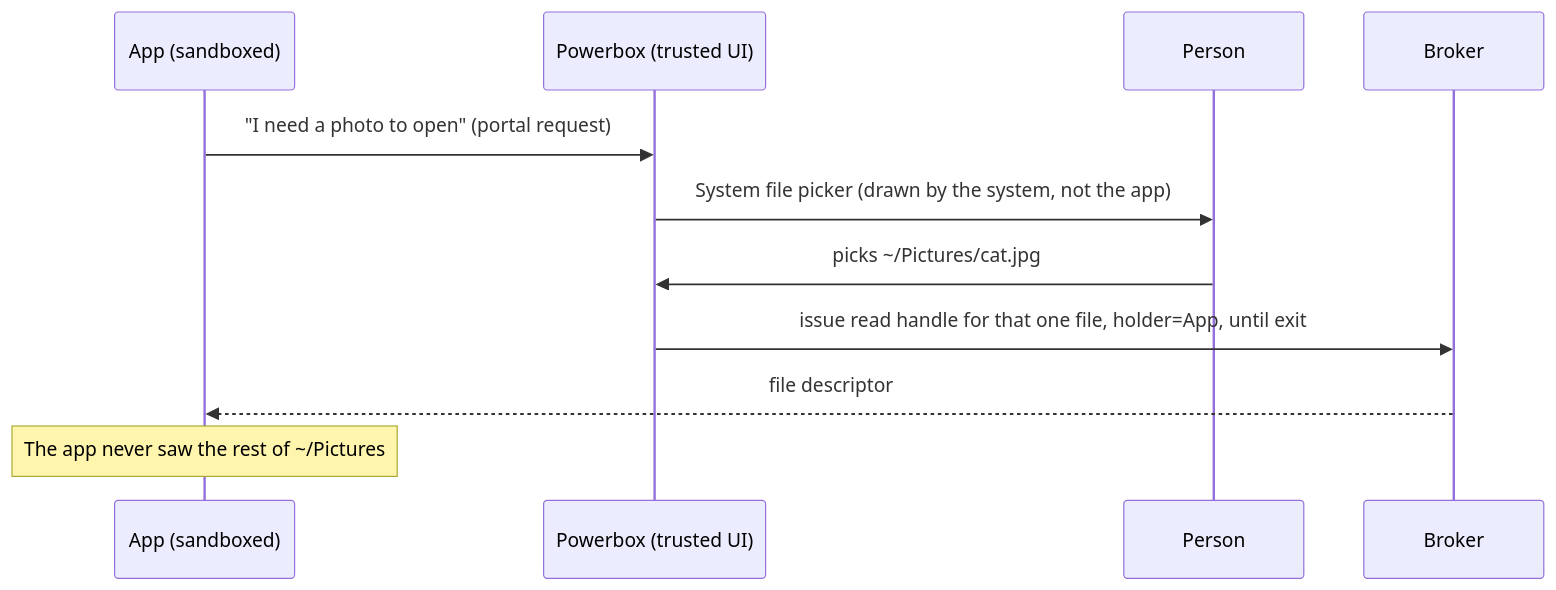
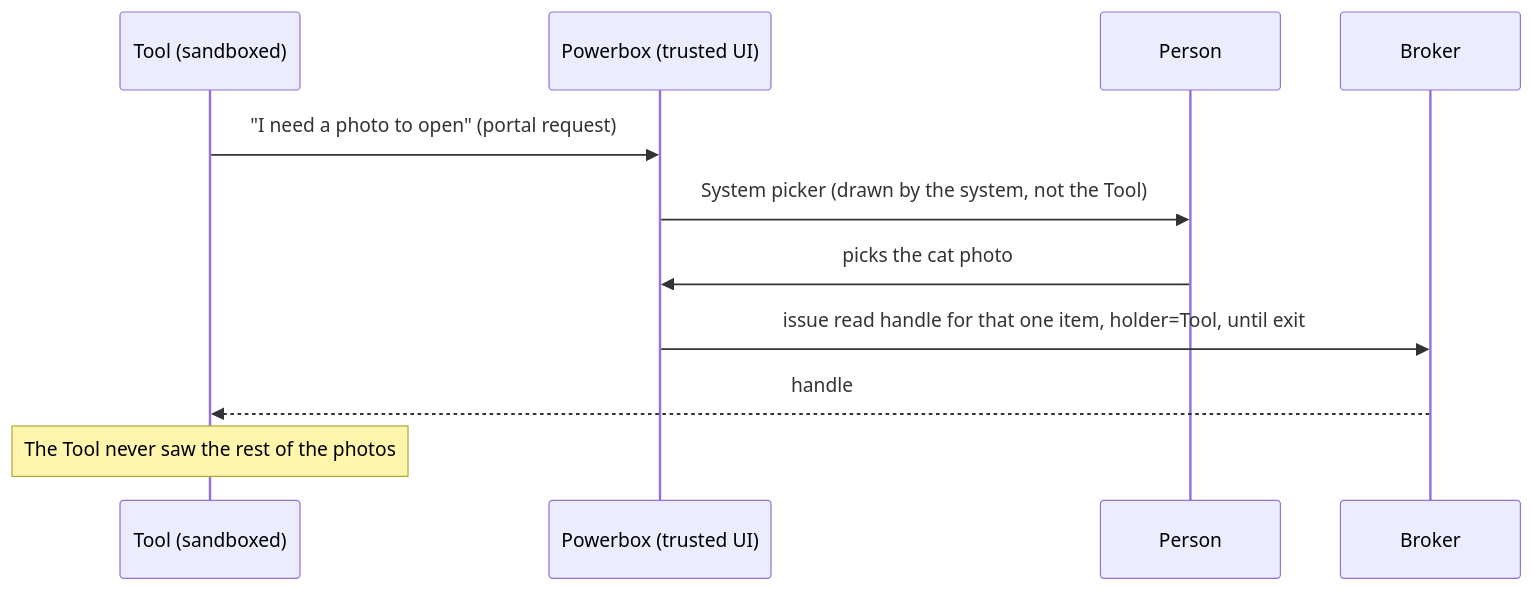
One commit to crowbaros/crowbaros changed the third of 4 diagrams in docs/agent-first/design/capability-model.md. Above: the diagram before and after it, drawn with Mermaid. The commit also changed other lines of this file and 14 other files, not shown here.

````diff
--- a/docs/agent-first/design/capability-model.md
+++ b/docs/agent-first/design/capability-model.md
@@ -122,13 +191,13 @@
 ```mermaid
 sequenceDiagram
-    participant A as App (sandboxed)
+    participant T as Tool (sandboxed)
     participant PB as Powerbox (trusted UI)
     participant U as Person
     participant B as Broker
-    A->>PB: "I need a photo to open" (portal request)
-    PB->>U: System file picker (drawn by the system, not the app)
-    U->>PB: picks ~/Pictures/cat.jpg
-    PB->>B: issue read handle for that one file, holder=App, until exit
-    B-->>A: file descriptor
-    Note over A: The app never saw the rest of ~/Pictures
+    T->>PB: "I need a photo to open" (portal request)
+    PB->>U: System picker (drawn by the system, not the Tool)
+    U->>PB: picks the cat photo
+    PB->>B: issue read handle for that one item, holder=Tool, until exit
+    B-->>T: handle
+    Note over T: The Tool never saw the rest of the photos
 ```
````
